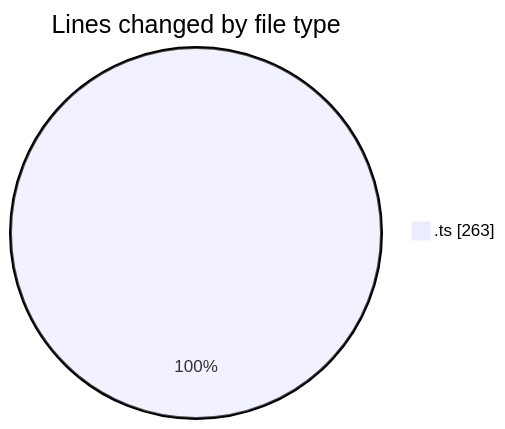
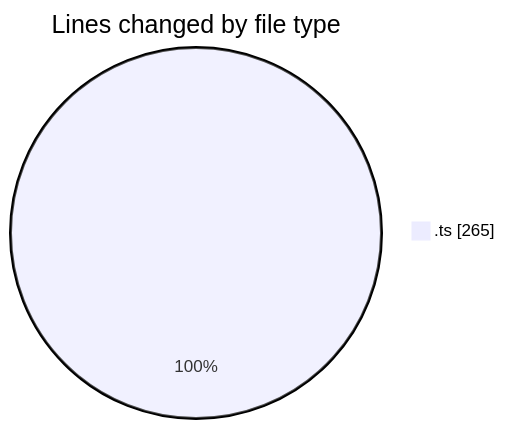
The first of 2 diagrams in 2025-08-01/cda/README.md (momahboobian/code-tracking), drawn with Mermaid before and after one commit. The commit also changed other lines of this file and 1 other file, not shown here.

````diff
--- a/2025-08-01/cda/README.md
+++ b/2025-08-01/cda/README.md
@@ -20,5 +20,5 @@
 ```mermaid
 pie showData
 title Lines changed by file type
-".ts" : 263
+".ts" : 265
 ```
````
